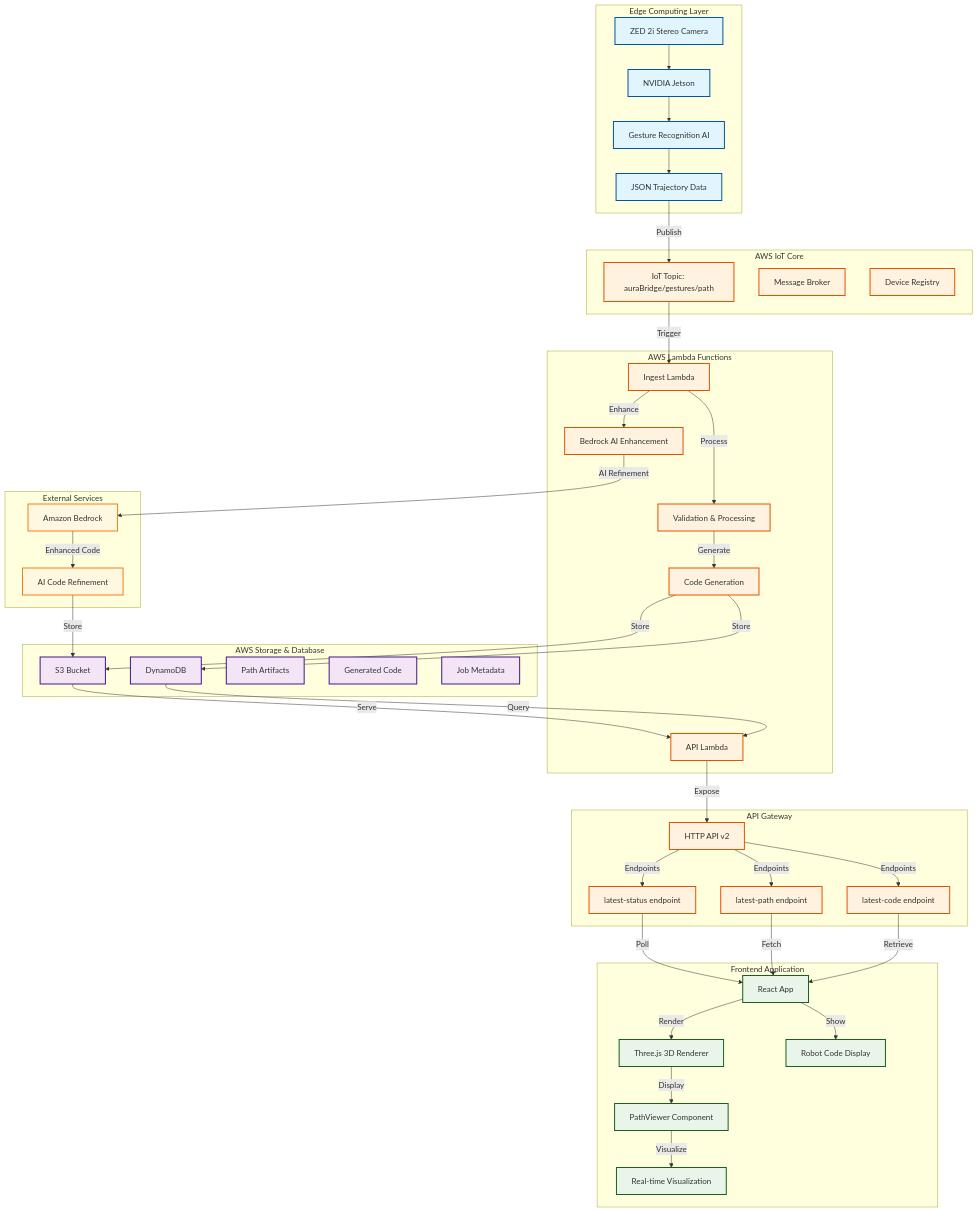
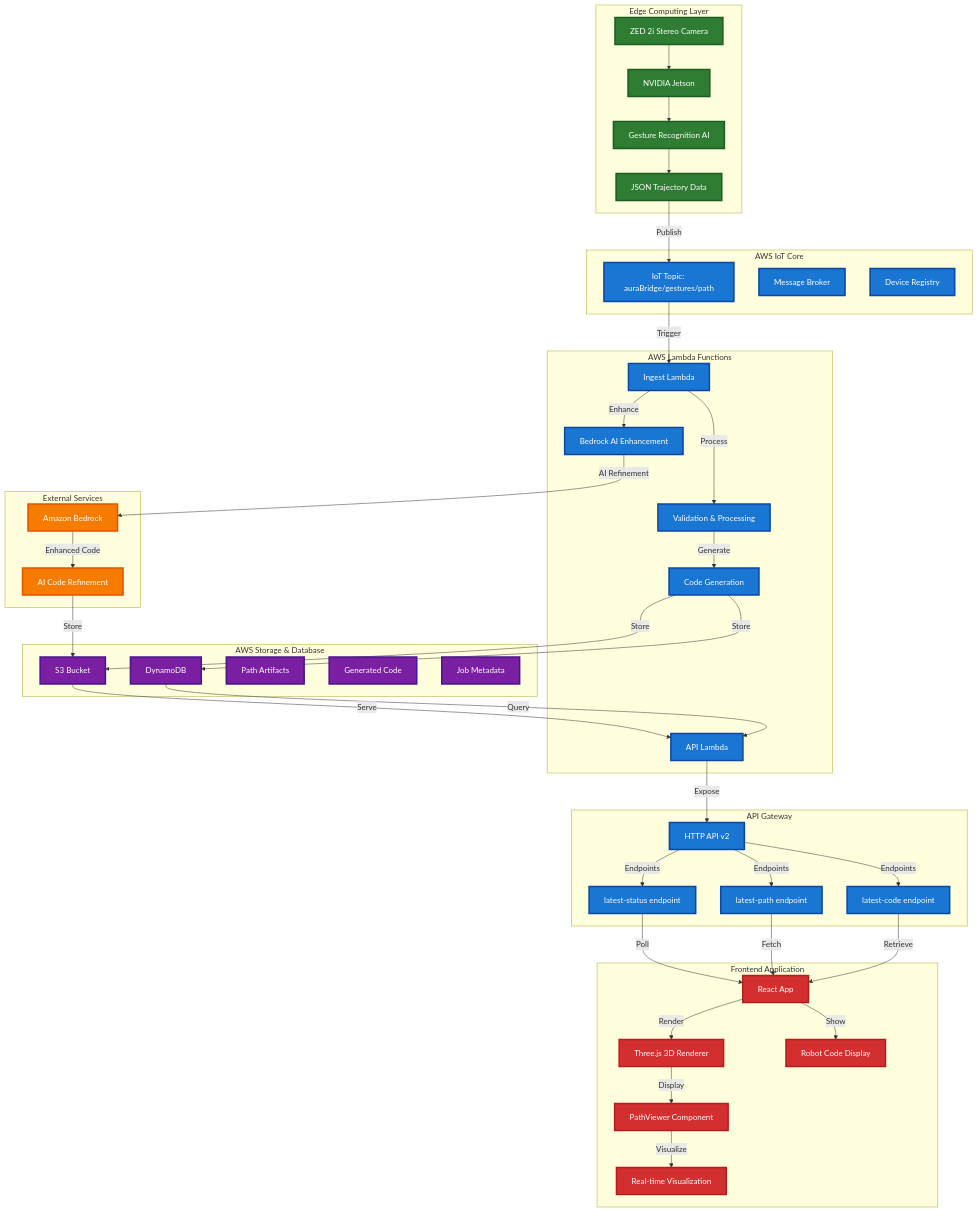
The first of 2 diagrams in README.md (dbharuka-sudo/aura-bridge-ai), drawn with Mermaid before and after one commit. The commit also changed other lines of this file, not shown here.

Commit message:
Update architecture diagram color scheme
- Changed from light pastel colors to bold, vibrant colors
- Edge Computing Layer: Dark green (#2e7d32) with white text
- AWS Services: Deep blue (#1976d2) with white text
- Storage & Database: Purple (#7b1fa2) with white text
- Frontend Application: Red (#d32f2f) with white text
- External Services: Orange (#f57c00) with white text
- Increased stroke width to 3px for better visibility
- Applied consistent color scheme to both architecture and technology stack diagrams
- Enhanced contrast and readability with white text on dark backgrounds

```diff
--- a/README.md
+++ b/README.md
@@ -82,11 +82,11 @@
     V -->|Show| Z
     
     %% Styling
-    classDef edgeDevice fill:#e1f5fe,stroke:#01579b,stroke-width:2px
-    classDef awsService fill:#fff3e0,stroke:#e65100,stroke-width:2px
-    classDef storage fill:#f3e5f5,stroke:#4a148c,stroke-width:2px
-    classDef frontend fill:#e8f5e8,stroke:#1b5e20,stroke-width:2px
-    classDef external fill:#fff8e1,stroke:#f57f17,stroke-width:2px
+    classDef edgeDevice fill:#2e7d32,stroke:#1b5e20,stroke-width:3px,color:#ffffff
+    classDef awsService fill:#1976d2,stroke:#0d47a1,stroke-width:3px,color:#ffffff
+    classDef storage fill:#7b1fa2,stroke:#4a148c,stroke-width:3px,color:#ffffff
+    classDef frontend fill:#d32f2f,stroke:#b71c1c,stroke-width:3px,color:#ffffff
+    classDef external fill:#f57c00,stroke:#e65100,stroke-width:3px,color:#ffffff
     
     class A,B,C,D edgeDevice
     class E,F,G,H,I,J,K,L,R,S,T,U awsService
```
